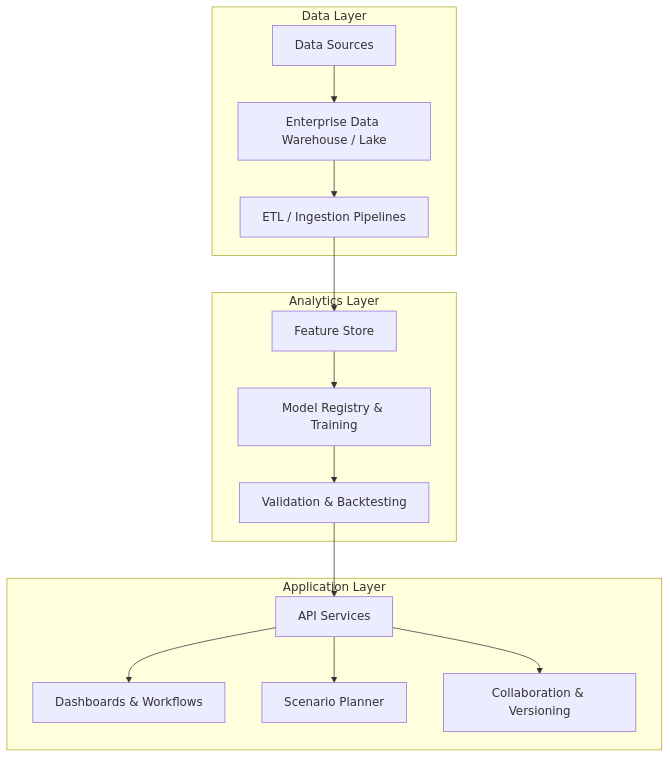
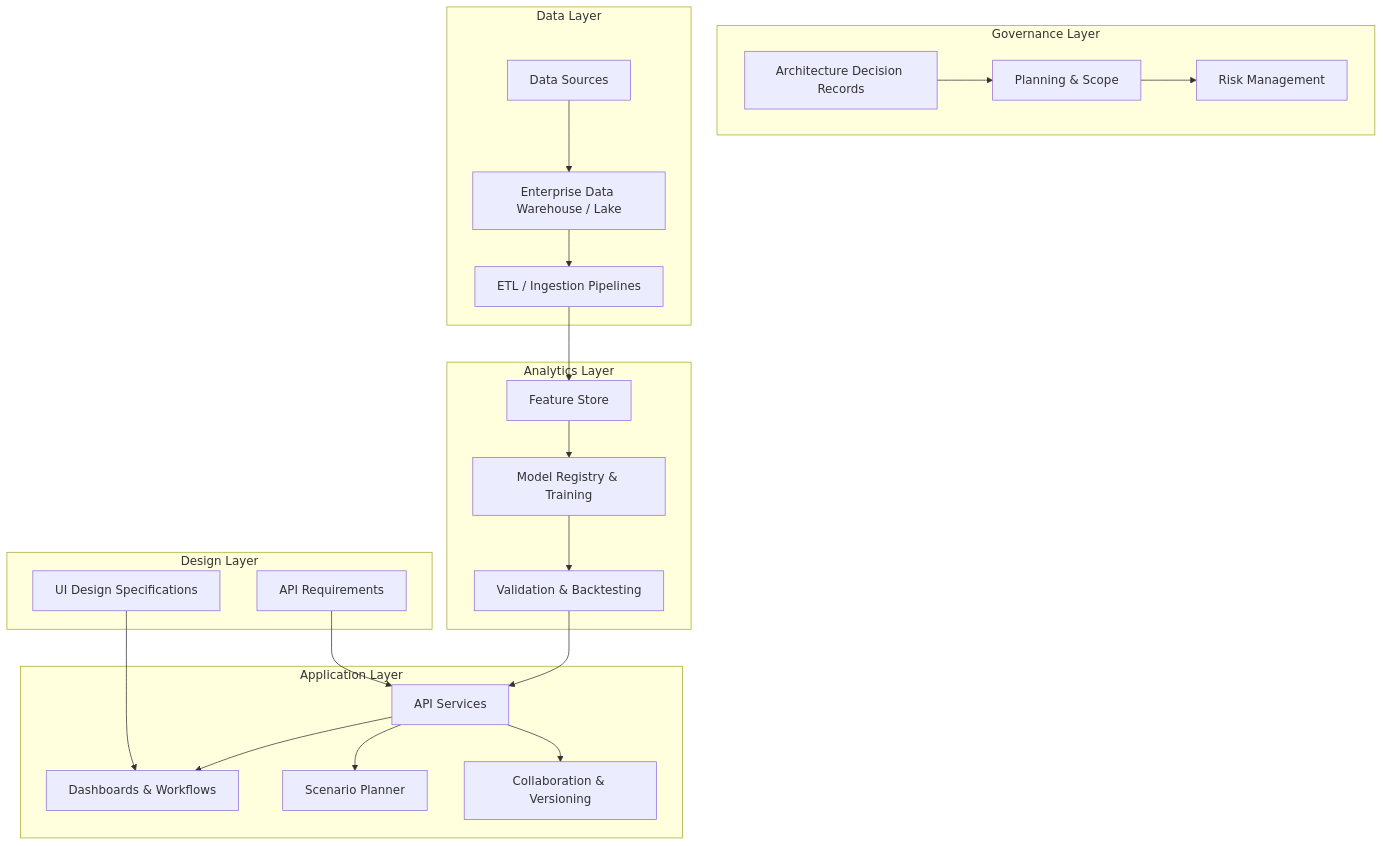
Before and after one commit to od3n/forecastiq: the second of 4 diagrams in .qoder/repowiki/en/content/Project Overview.md, drawn with Mermaid. The commit also changed other lines of this file and 3 other files, not shown here.

````diff
--- a/.qoder/repowiki/en/content/Project Overview.md
+++ b/.qoder/repowiki/en/content/Project Overview.md
@@ -118,28 +199,41 @@
 ```mermaid
 graph TB
+subgraph "Governance Layer"
+ADR["Architecture Decision Records"]
+RISK["Risk Management"]
+PLAN["Planning & Scope"]
+end
 subgraph "Data Layer"
 DS["Data Sources"]
 EDW["Enterprise Data Warehouse / Lake"]
 PIPE["ETL / Ingestion Pipelines"]
 end
 subgraph "Analytics Layer"
 FEAT["Feature Store"]
 MODELS["Model Registry & Training"]
 VAL["Validation & Backtesting"]
 end
 subgraph "Application Layer"
 API["API Services"]
 UI["Dashboards & Workflows"]
 SCEN["Scenario Planner"]
 COLAB["Collaboration & Versioning"]
 end
+subgraph "Design Layer"
+UIDESIGN["UI Design Specifications"]
+APISPEC["API Requirements"]
+end
+ADR --> PLAN
+PLAN --> RISK
 DS --> EDW
 EDW --> PIPE
 PIPE --> FEAT
 FEAT --> MODELS
 MODELS --> VAL
 VAL --> API
 API --> UI
 API --> SCEN
 API --> COLAB
+UIDESIGN --> UI
+APISPEC --> API
 ```
````
